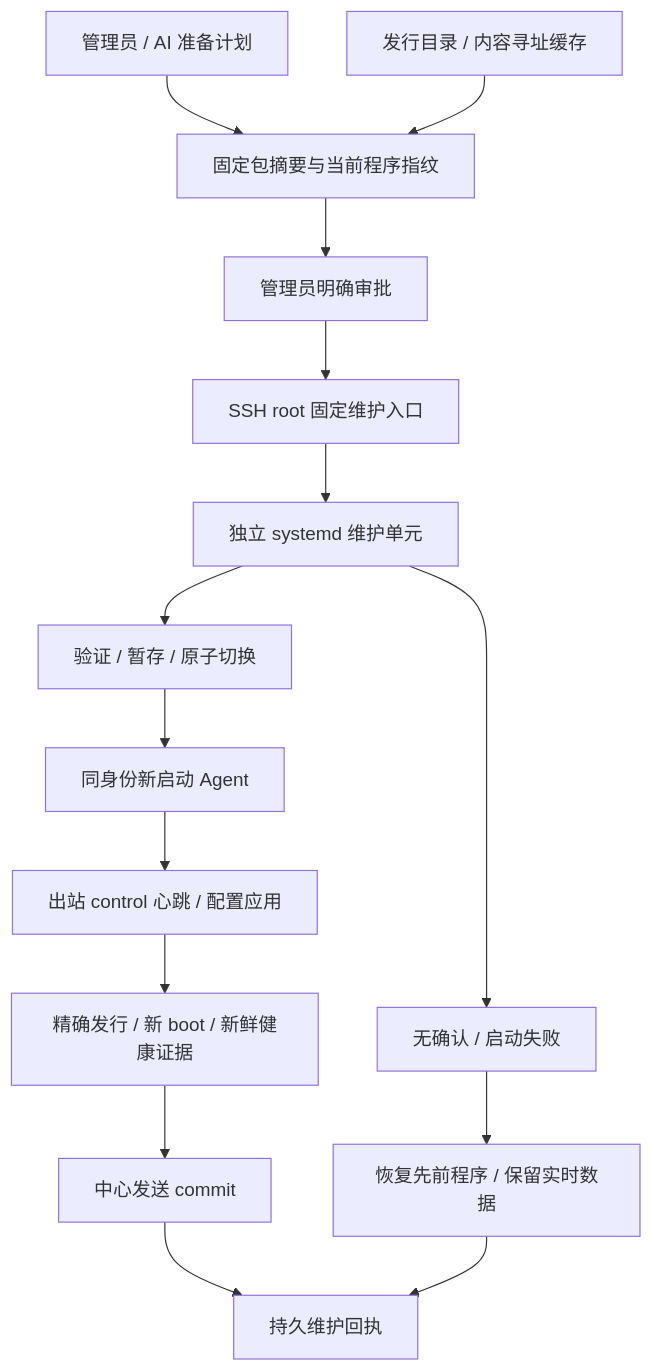
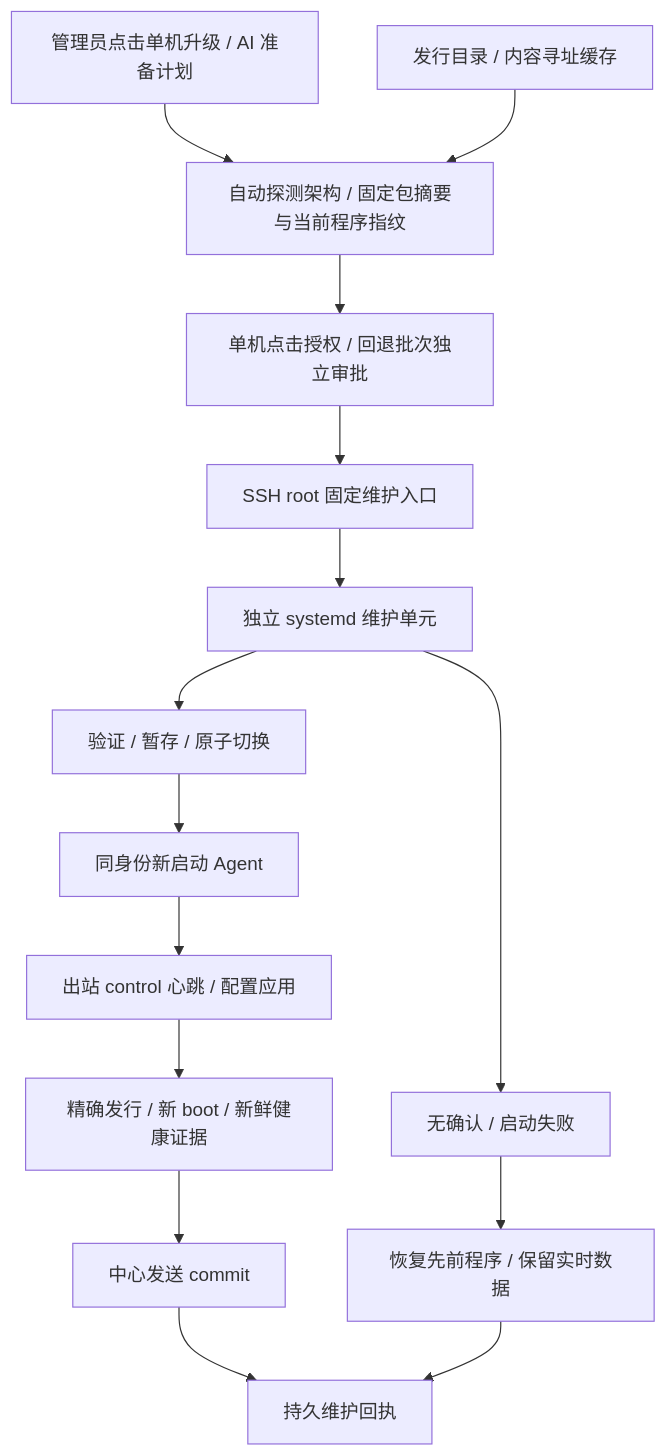
Diagram 19 of 55 in docs/system-design.md (workhold/lightmoni), drawn with Mermaid before and after one commit. The commit also changed other lines of this file and 16 other files, not shown here.

````diff
--- a/docs/system-design.md
+++ b/docs/system-design.md
@@ -1210,17 +1210,17 @@
 ```mermaid
 flowchart TB
-  Actor[管理员 / AI 准备计划] --> Plan[固定包摘要与当前程序指纹]
+  Actor[管理员点击单机升级 / AI 准备计划] --> Plan[自动探测架构 / 固定包摘要与当前程序指纹]
   Catalog[发行目录 / 内容寻址缓存] --> Plan
-  Plan --> Review[管理员明确审批]
+  Plan --> Review[单机点击授权 / 回退批次独立审批]
   Review --> SSH[SSH root 固定维护入口]
   SSH --> Worker[独立 systemd 维护单元]
   Worker --> Stage[验证 / 暂存 / 原子切换]
   Stage --> Agent[同身份新启动 Agent]
   Agent --> Control[出站 control 心跳 / 配置应用]
   Control --> Proof[精确发行 / 新 boot / 新鲜健康证据]
   Proof --> Commit[中心发送 commit]
   Worker --> Timeout[无确认 / 启动失败]
   Timeout --> Rollback[恢复先前程序 / 保留实时数据]
   Commit --> History[持久维护回执]
   Rollback --> History
 ```
````
